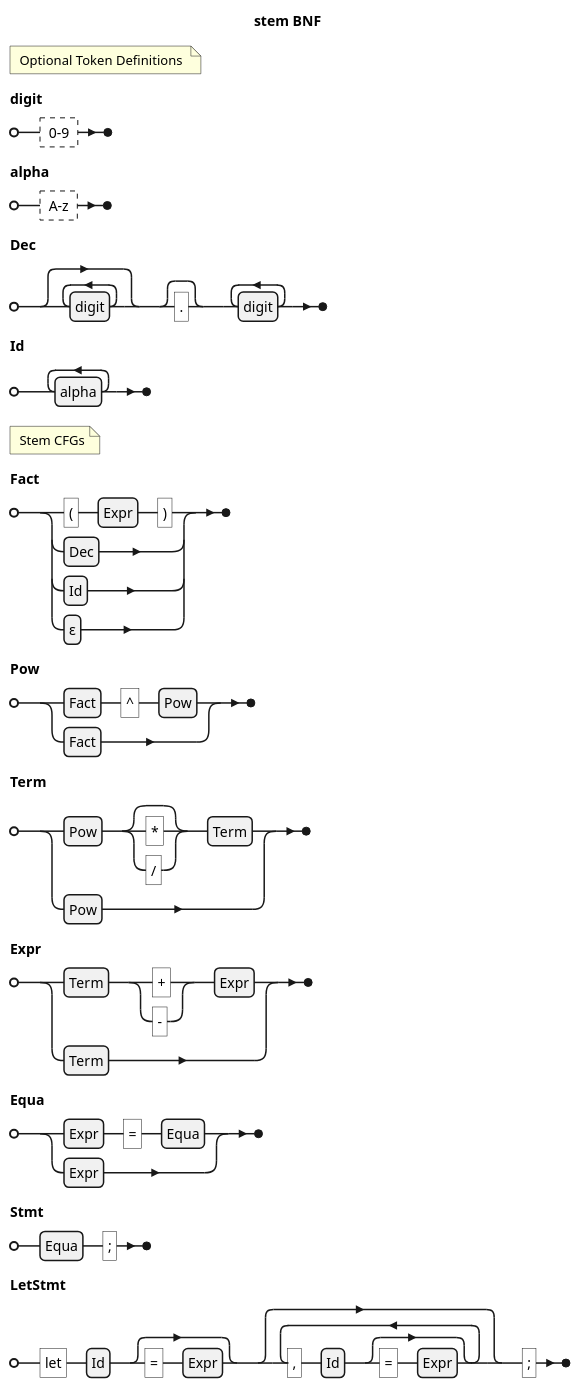
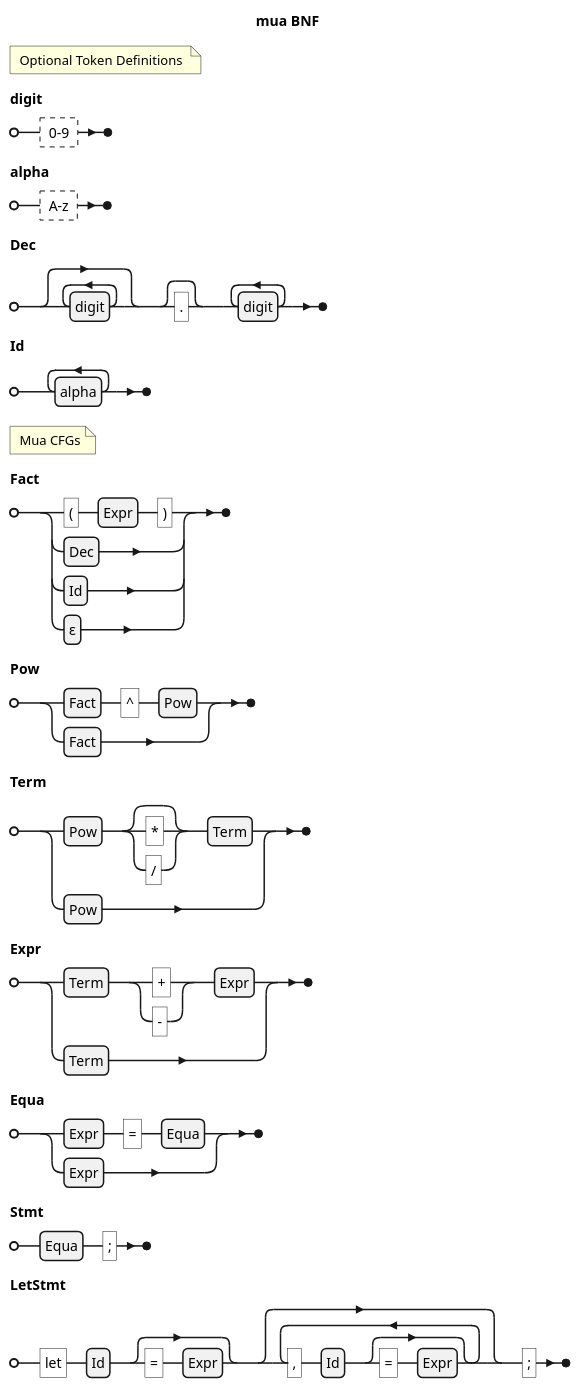
Before and after one commit to CSaintos/Mua: the first of 5 diagrams in .devcontainer/grammar.md, drawn with PlantUML. The commit also changed other lines of this file and 220 other files, not shown here.

````diff
--- a/.devcontainer/grammar.md
+++ b/.devcontainer/grammar.md
@@ -3,22 +3,22 @@
 ```plantuml
-@startebnf stem EBNF
+@startebnf mua EBNF
 'https://plantuml.com/ebnf
-title stem BNF
+title mua BNF
 
 (* Optional Token Definitions *)
 digit = ? 0-9 ?;
 alpha = ? A-z ?;
 Dec = {digit}, ["."], {digit}-;
 Id = {alpha}-;
 
-(* Stem CFGs*)
+(* Mua CFGs*)
 Fact = ("(", Expr, ")") | Dec | Id | ε;
 Pow = Fact, "^", Pow | Fact;
 Term = Pow, ["*" | "/"], Term | Pow;
 Expr = Term, ("+" | "-"), Expr | Term;
 Equa = Expr, "=", Equa | Expr;
 Stmt = Equa, ";";
 LetStmt = "let", Id, ["=", Expr], {",", Id, ["=", Expr]}, ";";
 
 @endebnf
 ```
````
